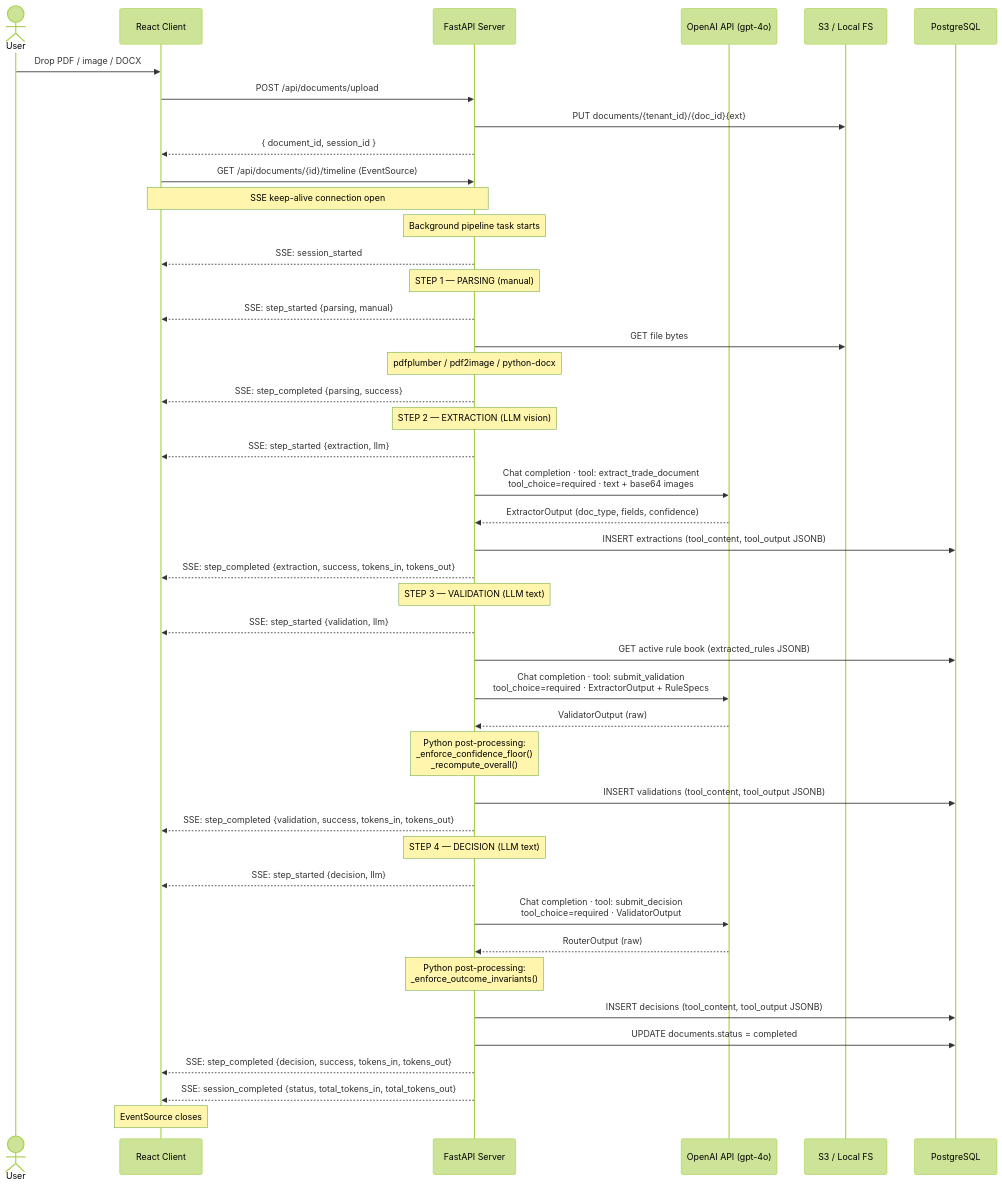
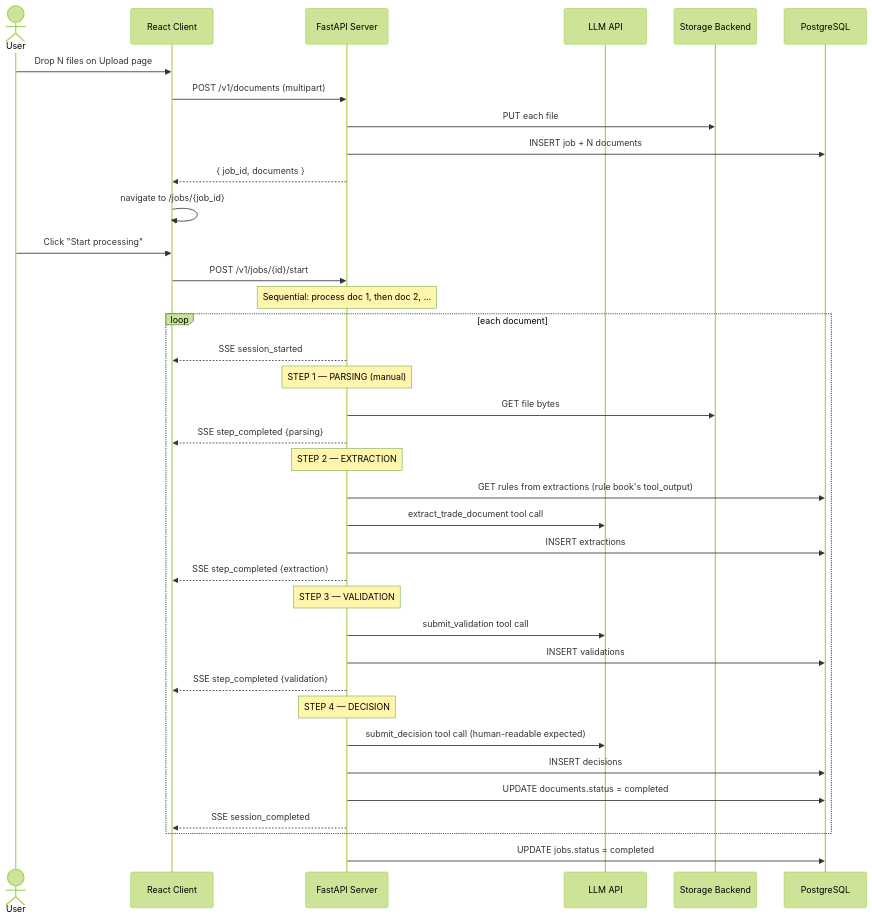
Before and after one commit to TejasThombare20/Trade-Doc-Pipeline: the third of 3 diagrams in README.md, drawn with Mermaid (forest theme). The commit also changed other lines of this file and 41 other files, not shown here.

````diff
--- a/README.md
+++ b/README.md
@@ -412,53 +354,45 @@
 ```mermaid
 sequenceDiagram
     actor User
     participant Client as React Client
     participant Server as FastAPI Server
-    participant OpenAI as OpenAI API (gpt-4o)
-    participant Storage as S3 / Local FS
+    participant LLM as LLM API
+    participant Storage as Storage Backend
     participant DB as PostgreSQL
 
-    User->>Client: Drop PDF / image / DOCX
-    Client->>Server: POST /api/documents/upload
-    Server->>Storage: PUT documents/{tenant_id}/{doc_id}{ext}
-    Server-->>Client: { document_id, session_id }
+    User->>Client: Drop N files on Upload page
+    Client->>Server: POST /v1/documents (multipart)
+    Server->>Storage: PUT each file
+    Server->>DB: INSERT job + N documents
+    Server-->>Client: { job_id, documents }
+    Client->>Client: navigate to /jobs/{job_id}
 
-    Client->>Server: GET /api/documents/{id}/timeline (EventSource)
-    Note over Client,Server: SSE keep-alive connection open
+    User->>Client: Click "Start processing"
+    Client->>Server: POST /v1/jobs/{id}/start
+    Note over Server: Sequential: process doc 1, then doc 2, …
 
-    Note over Server: Background pipeline task starts
-    Server-->>Client: SSE: session_started
+    loop each document
+        Server-->>Client: SSE session_started
+        Note over Server: STEP 1 — PARSING (manual)
+        Server->>Storage: GET file bytes
+        Server-->>Client: SSE step_completed {parsing}
 
-    Note over Server: STEP 1 — PARSING (manual)
-    Server-->>Client: SSE: step_started {parsing, manual}
-    Server->>Storage: GET file bytes
-    Note over Server: pdfplumber / pdf2image / python-docx
-    Server-->>Client: SSE: step_completed {parsing, success}
+        Note over Server: STEP 2 — EXTRACTION
+        Server->>DB: GET rules from extractions (rule book's tool_output)
+        Server->>LLM: extract_trade_document tool call
+        Server->>DB: INSERT extractions
+        Server-->>Client: SSE step_completed {extraction}
 
-    Note over Server: STEP 2 — EXTRACTION (LLM vision)
-    Server-->>Client: SSE: step_started {extraction, llm}
-    Server->>OpenAI: Chat completion · tool: extract_trade_document<br/>tool_choice=required · text + base64 images
-    OpenAI-->>Server: ExtractorOutput (doc_type, fields, confidence)
-    Server->>DB: INSERT extractions (tool_content, tool_output JSONB)
-    Server-->>Client: SSE: step_completed {extraction, success, tokens_in, tokens_out}
+        Note over Server: STEP 3 — VALIDATION
+        Server->>LLM: submit_validation tool call
+        Server->>DB: INSERT validations
+        Server-->>Client: SSE step_completed {validation}
 
-    Note over Server: STEP 3 — VALIDATION (LLM text)
-    Server-->>Client: SSE: step_started {validation, llm}
-    Server->>DB: GET active rule book (extracted_rules JSONB)
-    Server->>OpenAI: Chat completion · tool: submit_validation<br/>tool_choice=required · ExtractorOutput + RuleSpecs
-    OpenAI-->>Server: ValidatorOutput (raw)
-    Note over Server: Python post-processing:<br/>_enforce_confidence_floor()<br/>_recompute_overall()
-    Server->>DB: INSERT validations (tool_content, tool_output JSONB)
-    Server-->>Client: SSE: step_completed {validation, success, tokens_in, tokens_out}
-
-    Note over Server: STEP 4 — DECISION (LLM text)
-    Server-->>Client: SSE: step_started {decision, llm}
-    Server->>OpenAI: Chat completion · tool: submit_decision<br/>tool_choice=required · ValidatorOutput
-    OpenAI-->>Server: RouterOutput (raw)
-    Note over Server: Python post-processing:<br/>_enforce_outcome_invariants()
-    Server->>DB: INSERT decisions (tool_content, tool_output JSONB)
-    Server->>DB: UPDATE documents.status = completed
-    Server-->>Client: SSE: step_completed {decision, success, tokens_in, tokens_out}
-    Server-->>Client: SSE: session_completed {status, total_tokens_in, total_tokens_out}
-    Note over Client: EventSource closes
+        Note over Server: STEP 4 — DECISION
+        Server->>LLM: submit_decision tool call (human-readable expected)
+        Server->>DB: INSERT decisions
+        Server->>DB: UPDATE documents.status = completed
+        Server-->>Client: SSE session_completed
+    end
+    Server->>DB: UPDATE jobs.status = completed
 ```
````
